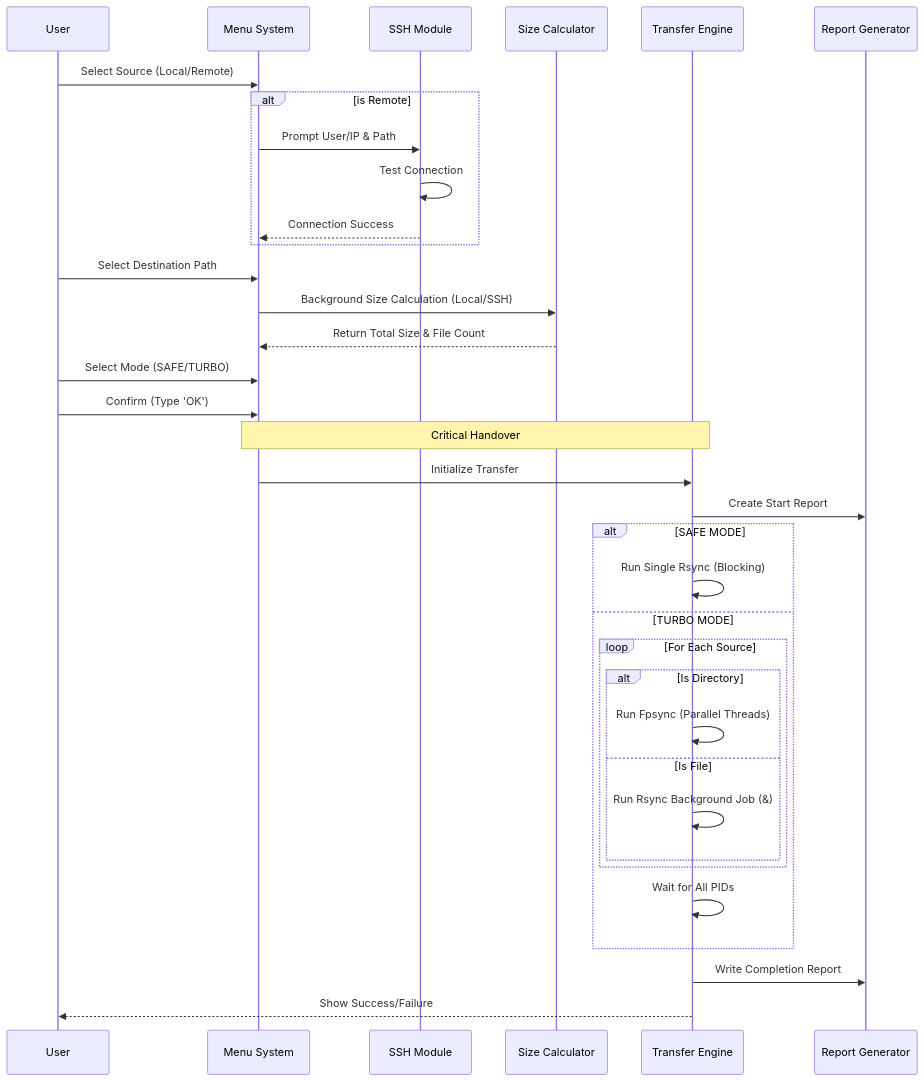
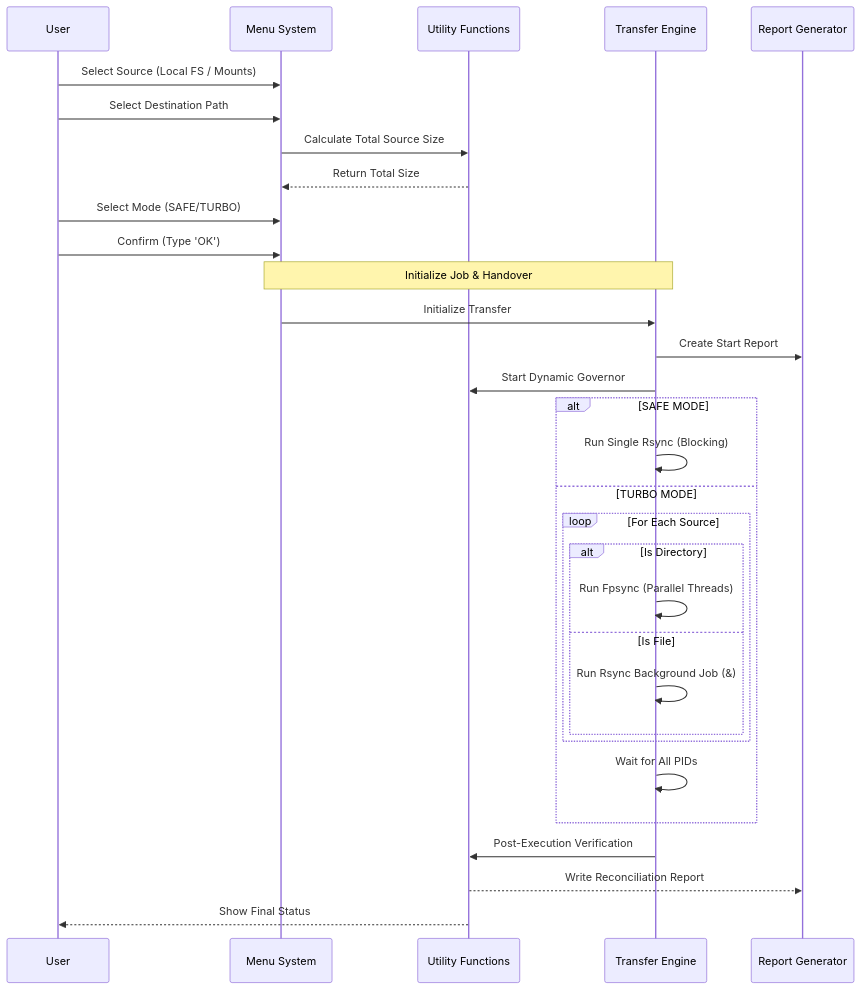
The second of 3 diagrams in ARCHITECTURE.md (ddt-mmt/zturbo), drawn with Mermaid before and after one commit. The commit also changed other lines of this file and 3 other files, not shown here.

Commit message:
docs: Update ARCHITECTURE.md, install.sh, uninstall.sh for V1.3.5 Modular & Refined

````diff
--- a/ARCHITECTURE.md
+++ b/ARCHITECTURE.md
@@ -44,44 +42,40 @@
 ```mermaid
 sequenceDiagram
     participant User
     participant Menu as Menu System
-    participant SSH as SSH Module
-    participant Calc as Size Calculator
+    participant Utils as Utility Functions
     participant Engine as Transfer Engine
     participant Log as Report Generator
 
-    User->>Menu: Select Source (Local/Remote)
-    alt is Remote
-        Menu->>SSH: Prompt User/IP & Path
-        SSH->>SSH: Test Connection
-        SSH-->>Menu: Connection Success
-    end
+    User->>Menu: Select Source (Local FS / Mounts)
+    User->>Menu: Select Destination Path
     
-    User->>Menu: Select Destination Path
-    Menu->>Calc: Background Size Calculation (Local/SSH)
-    Calc-->>Menu: Return Total Size & File Count
+    Menu->>Utils: Calculate Total Source Size
+    Utils-->>Menu: Return Total Size
     
     User->>Menu: Select Mode (SAFE/TURBO)
     User->>Menu: Confirm (Type 'OK')
     
-    Note over Menu, Engine: Critical Handover
+    Note over Menu, Engine: Initialize Job & Handover
     
     Menu->>Engine: Initialize Transfer
     Engine->>Log: Create Start Report
+    Engine->>Utils: Start Dynamic Governor
     
     alt SAFE MODE
         Engine->>Engine: Run Single Rsync (Blocking)
     else TURBO MODE
         loop For Each Source
             alt Is Directory
                 Engine->>Engine: Run Fpsync (Parallel Threads)
             else Is File
                 Engine->>Engine: Run Rsync Background Job (&)
             end
         end
         Engine->>Engine: Wait for All PIDs
     end
     
-    Engine->>Log: Write Completion Report
-    Engine-->>User: Show Success/Failure
+    Engine->>Utils: Post-Execution Verification
+    Utils-->>Log: Write Reconciliation Report
+    Utils-->>User: Show Final Status
 ```
````
